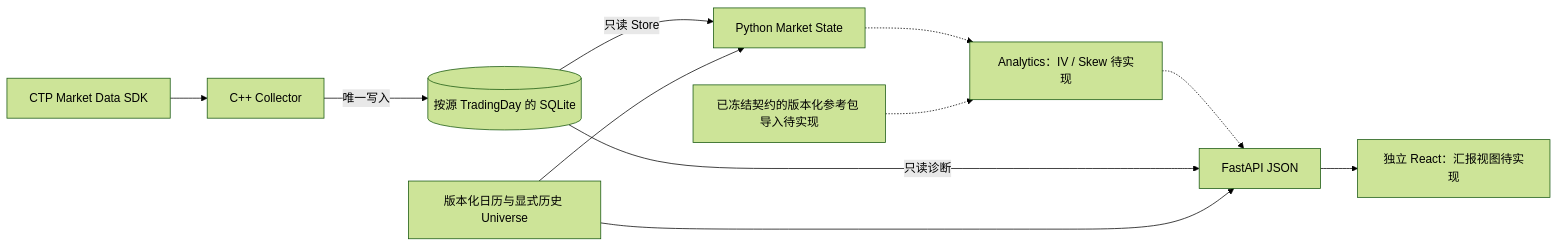
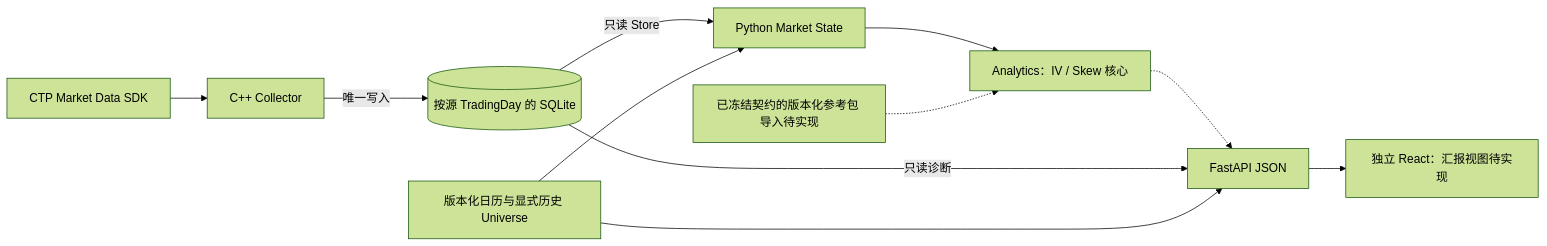
The diagram in docs/architecture.md (ougachakaaa/derivatives_monitor), drawn with Mermaid (forest theme) before and after one commit. The commit also changed other lines of this file and 12 other files, not shown here.

````diff
--- a/docs/architecture.md
+++ b/docs/architecture.md
@@ -5,13 +5,13 @@
 ```mermaid
 flowchart LR
     CTP[CTP Market Data SDK] --> C[C++ Collector]
     C -->|唯一写入| RAW[(按源 TradingDay 的 SQLite)]
     RAW -->|只读 Store| MS[Python Market State]
     CAL[版本化日历与显式历史 Universe] --> MS
-    MS -.-> A[Analytics：IV / Skew 待实现]
+    MS --> A[Analytics：IV / Skew 核心]
     REF[已冻结契约的版本化参考包 导入待实现] -.-> A
     A -.-> API[FastAPI JSON]
     RAW -->|只读诊断| API
     CAL --> API
     API --> UI[独立 React：汇报视图待实现]
 ```
````
